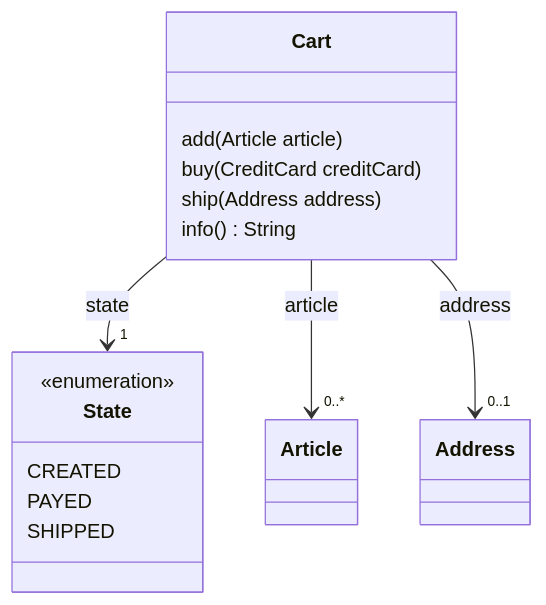
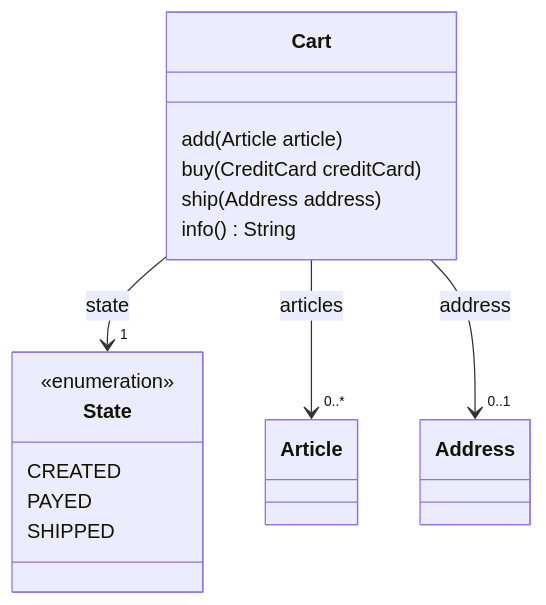
Before and after one commit to forax/design-pattern-reloaded: the second of 3 diagrams in src/main/java/state/README.md, drawn with Mermaid. The commit also changed other lines of this file, not shown here.

Commit message:
add a third diagram

````diff
--- a/src/main/java/state/README.md
+++ b/src/main/java/state/README.md
@@ -56,18 +56,18 @@
 ```mermaid
 classDiagram
 class State {
  <<enumeration>>
  CREATED
  PAYED
  SHIPPED
 }
 class Cart {
   add(Article article)
   buy(CreditCard creditCard)
   ship(Address address)
   info() String
 }
 Cart --> "1" State : state
-Cart --> "0..*" Article : article
+Cart --> "0..*" Article : articles
 Cart --> "0..1" Address : address
 ```
````
